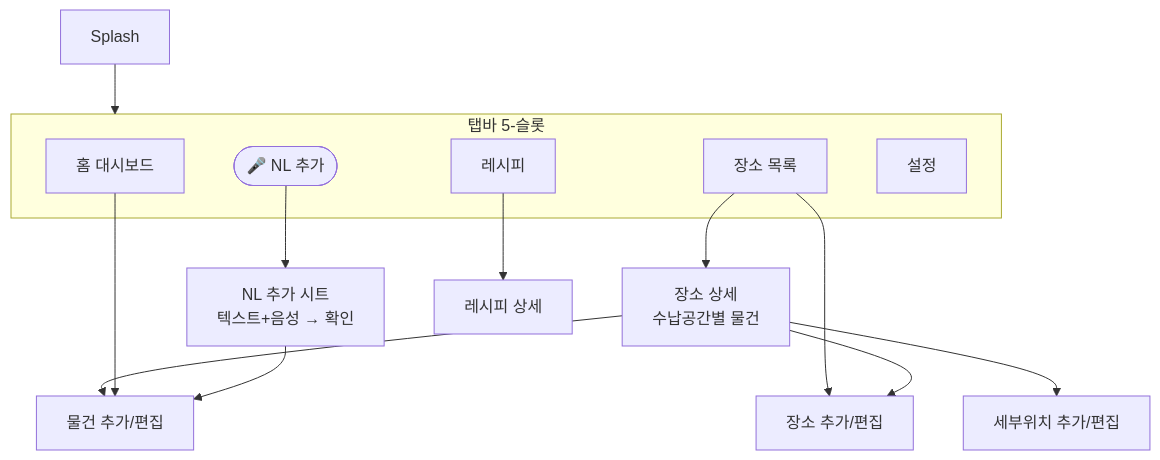
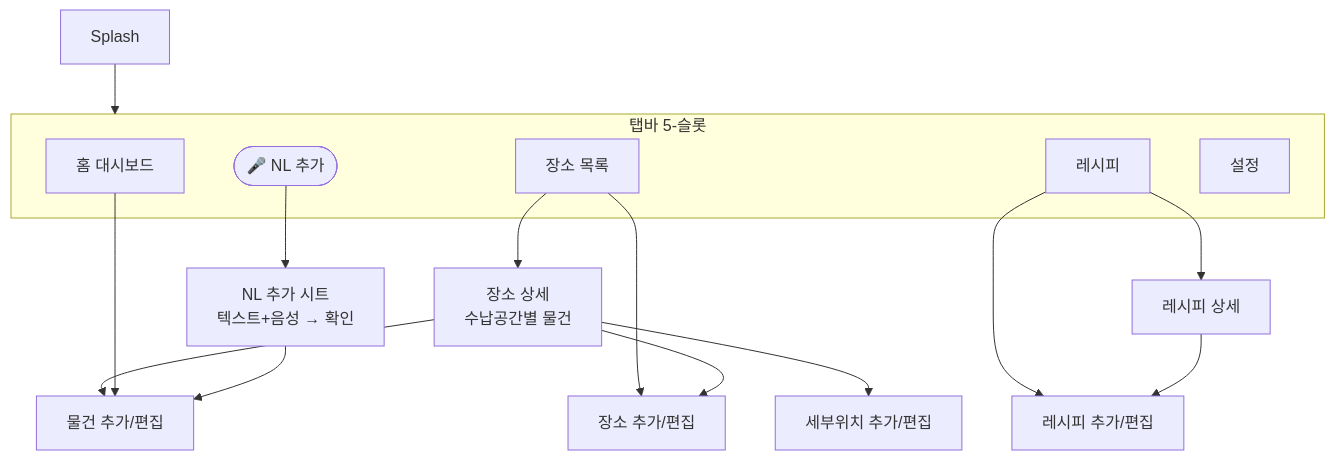
Before and after one commit to lks574/HomePinApp_iOS: the diagram in docs/screen-map.md, drawn with Mermaid. The commit also changed other lines of this file and 7 other files, not shown here.

````diff
--- a/docs/screen-map.md
+++ b/docs/screen-map.md
@@ -15,20 +15,22 @@
 ```mermaid
 flowchart TD
     Splash --> Tab
     subgraph Tab[탭바 5-슬롯]
       Home[홈 대시보드]
       Places[장소 목록]
       Mic([🎤 NL 추가])
       Recipes[레시피]
       Settings[설정]
     end
     Places --> PlaceDetail[장소 상세<br/>수납공간별 물건]
     Places --> PlaceEditor[장소 추가/편집]
     PlaceDetail --> PlaceEditor
     PlaceDetail --> SpotEditor[세부위치 추가/편집]
     PlaceDetail --> ItemEditor[물건 추가/편집]
     Home --> ItemEditor
     Capture --> ItemEditor
     Mic --> Capture[NL 추가 시트<br/>텍스트+음성 → 확인]
     Recipes --> RecipeDetail[레시피 상세]
+    Recipes --> RecipeEditor[레시피 추가/편집]
+    RecipeDetail --> RecipeEditor
 ```
````
